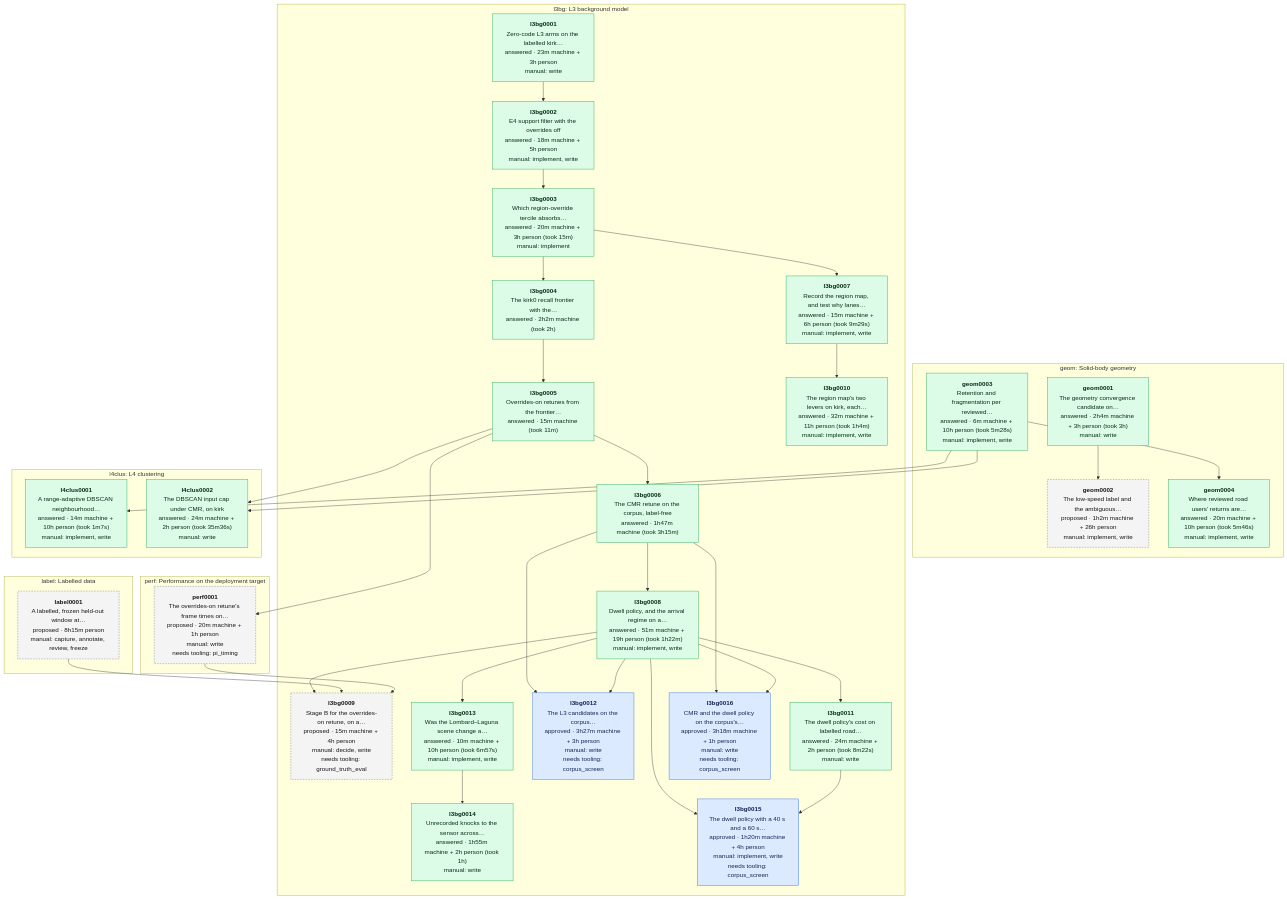
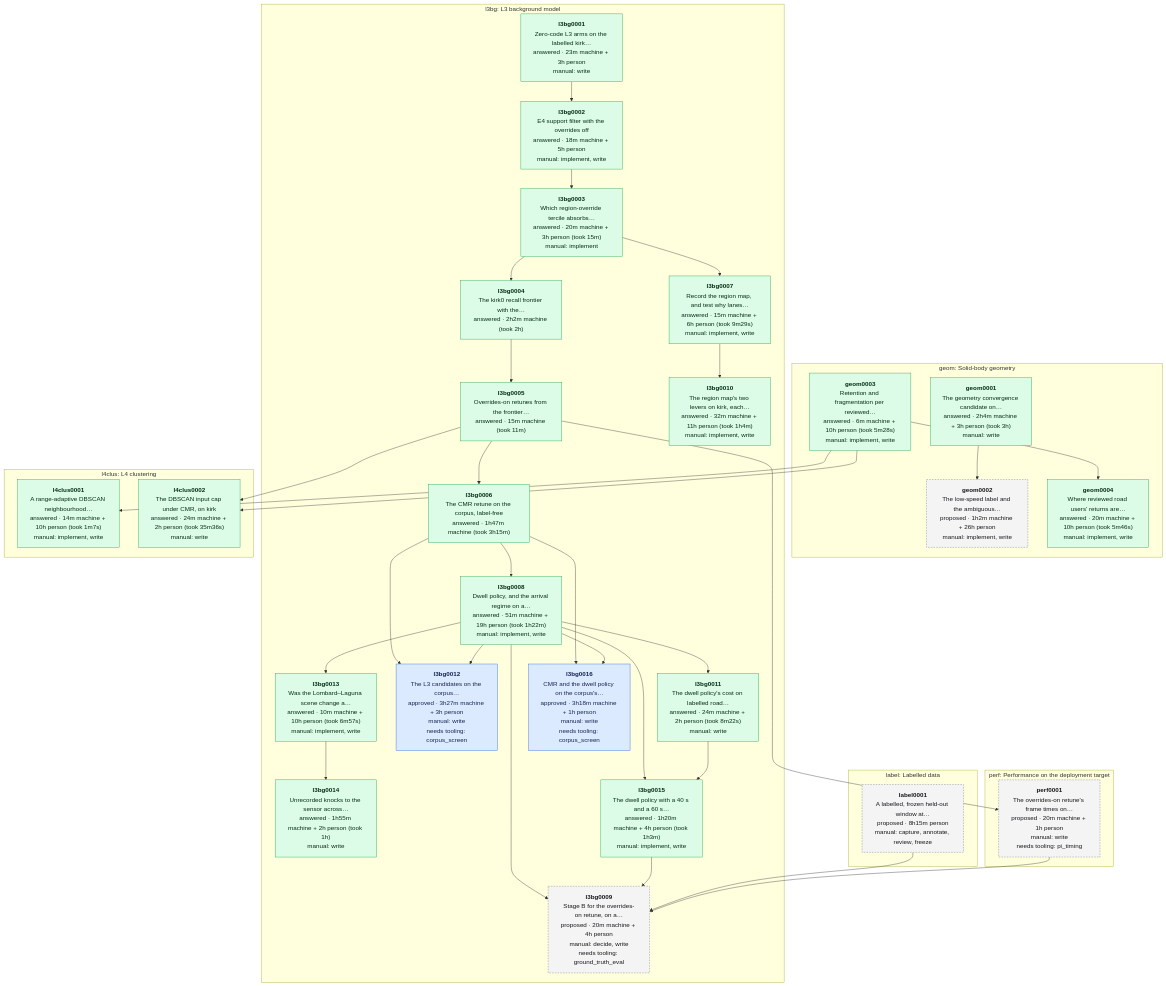
The diagram in data/experiments/DEPENDENCIES.md (banshee-data/velocity.report), drawn with Mermaid before and after one commit. The commit also changed other lines of this file and 6 other files, not shown here.

Commit message:
[ai][docs] l3bg0015 answered; Stage B gains the 40 s dwell arm, and the dwell reports, LIDAR.md and the devlog link the clock

````diff
--- a/data/experiments/DEPENDENCIES.md
+++ b/data/experiments/DEPENDENCIES.md
@@ -7,67 +7,68 @@
 ```mermaid
 flowchart TB
   classDef proposed fill:#f4f4f5,stroke:#71717a,stroke-dasharray:4 3,color:#18181b
   classDef approved fill:#dbeafe,stroke:#2563eb,color:#172554
   classDef answered fill:#dcfce7,stroke:#16a34a,color:#052e16
   classDef retired fill:#fafafa,stroke:#d4d4d8,color:#71717a
   subgraph area_geom ["geom: Solid-body geometry"]
     geom0001["<b>geom0001</b><br/>The geometry convergence candidate on…<br/>answered · 2h4m machine + 3h person (took 3h)<br/>manual: write"]:::answered
     geom0002["<b>geom0002</b><br/>The low-speed label and the ambiguous…<br/>proposed · 1h2m machine + 26h person<br/>manual: implement, write"]:::proposed
     geom0003["<b>geom0003</b><br/>Retention and fragmentation per reviewed…<br/>answered · 6m machine + 10h person (took 5m28s)<br/>manual: implement, write"]:::answered
     geom0004["<b>geom0004</b><br/>Where reviewed road users' returns are…<br/>answered · 20m machine + 10h person (took 5m46s)<br/>manual: implement, write"]:::answered
   end
   subgraph area_l3bg ["l3bg: L3 background model"]
     l3bg0001["<b>l3bg0001</b><br/>Zero-code L3 arms on the labelled kirk…<br/>answered · 23m machine + 3h person<br/>manual: write"]:::answered
     l3bg0002["<b>l3bg0002</b><br/>E4 support filter with the overrides off<br/>answered · 18m machine + 5h person<br/>manual: implement, write"]:::answered
     l3bg0003["<b>l3bg0003</b><br/>Which region-override tercile absorbs…<br/>answered · 20m machine + 3h person (took 15m)<br/>manual: implement"]:::answered
     l3bg0004["<b>l3bg0004</b><br/>The kirk0 recall frontier with the…<br/>answered · 2h2m machine (took 2h)"]:::answered
     l3bg0005["<b>l3bg0005</b><br/>Overrides-on retunes from the frontier…<br/>answered · 15m machine (took 11m)"]:::answered
     l3bg0006["<b>l3bg0006</b><br/>The CMR retune on the corpus, label-free<br/>answered · 1h47m machine (took 3h15m)"]:::answered
     l3bg0007["<b>l3bg0007</b><br/>Record the region map, and test why lanes…<br/>answered · 15m machine + 6h person (took 9m29s)<br/>manual: implement, write"]:::answered
     l3bg0008["<b>l3bg0008</b><br/>Dwell policy, and the arrival regime on a…<br/>answered · 51m machine + 19h person (took 1h22m)<br/>manual: implement, write"]:::answered
-    l3bg0009["<b>l3bg0009</b><br/>Stage B for the overrides-on retune, on a…<br/>proposed · 15m machine + 4h person<br/>manual: decide, write<br/>needs tooling: ground_truth_eval"]:::proposed
+    l3bg0009["<b>l3bg0009</b><br/>Stage B for the overrides-on retune, on a…<br/>proposed · 20m machine + 4h person<br/>manual: decide, write<br/>needs tooling: ground_truth_eval"]:::proposed
     l3bg0010["<b>l3bg0010</b><br/>The region map's two levers on kirk, each…<br/>answered · 32m machine + 11h person (took 1h4m)<br/>manual: implement, write"]:::answered
     l3bg0011["<b>l3bg0011</b><br/>The dwell policy's cost on labelled road…<br/>answered · 24m machine + 2h person (took 8m22s)<br/>manual: write"]:::answered
     l3bg0012["<b>l3bg0012</b><br/>The L3 candidates on the corpus…<br/>approved · 3h27m machine + 3h person<br/>manual: write<br/>needs tooling: corpus_screen"]:::approved
     l3bg0013["<b>l3bg0013</b><br/>Was the Lombard–Laguna scene change a…<br/>answered · 10m machine + 10h person (took 6m57s)<br/>manual: implement, write"]:::answered
     l3bg0014["<b>l3bg0014</b><br/>Unrecorded knocks to the sensor across…<br/>answered · 1h55m machine + 2h person (took 1h)<br/>manual: write"]:::answered
-    l3bg0015["<b>l3bg0015</b><br/>The dwell policy with a 40 s and a 60 s…<br/>approved · 1h20m machine + 4h person<br/>manual: implement, write<br/>needs tooling: corpus_screen"]:::approved
+    l3bg0015["<b>l3bg0015</b><br/>The dwell policy with a 40 s and a 60 s…<br/>answered · 1h20m machine + 4h person (took 1h3m)<br/>manual: implement, write"]:::answered
     l3bg0016["<b>l3bg0016</b><br/>CMR and the dwell policy on the corpus's…<br/>approved · 3h18m machine + 1h person<br/>manual: write<br/>needs tooling: corpus_screen"]:::approved
   end
   subgraph area_l4clus ["l4clus: L4 clustering"]
     l4clus0001["<b>l4clus0001</b><br/>A range-adaptive DBSCAN neighbourhood…<br/>answered · 14m machine + 10h person (took 1m7s)<br/>manual: implement, write"]:::answered
     l4clus0002["<b>l4clus0002</b><br/>The DBSCAN input cap under CMR, on kirk<br/>answered · 24m machine + 2h person (took 35m36s)<br/>manual: write"]:::answered
   end
   subgraph area_label ["label: Labelled data"]
     label0001["<b>label0001</b><br/>A labelled, frozen held-out window at…<br/>proposed · 8h15m person<br/>manual: capture, annotate, review, freeze"]:::proposed
   end
   subgraph area_perf ["perf: Performance on the deployment target"]
     perf0001["<b>perf0001</b><br/>The overrides-on retune's frame times on…<br/>proposed · 20m machine + 1h person<br/>manual: write<br/>needs tooling: pi_timing"]:::proposed
   end
   geom0001 --> geom0002
   geom0003 --> geom0004
   l3bg0001 --> l3bg0002
   l3bg0002 --> l3bg0003
   l3bg0003 --> l3bg0004
   l3bg0004 --> l3bg0005
   l3bg0005 --> l3bg0006
   l3bg0003 --> l3bg0007
   l3bg0006 --> l3bg0008
   l3bg0008 --> l3bg0009
+  l3bg0015 --> l3bg0009
   label0001 --> l3bg0009
   perf0001 --> l3bg0009
   l3bg0007 --> l3bg0010
   l3bg0008 --> l3bg0011
   l3bg0006 --> l3bg0012
   l3bg0008 --> l3bg0012
   l3bg0008 --> l3bg0013
   l3bg0013 --> l3bg0014
   l3bg0008 --> l3bg0015
   l3bg0011 --> l3bg0015
   l3bg0006 --> l3bg0016
   l3bg0008 --> l3bg0016
   geom0003 --> l4clus0001
   geom0003 --> l4clus0002
   l3bg0005 --> l4clus0002
   l3bg0005 --> perf0001
 ```
````
